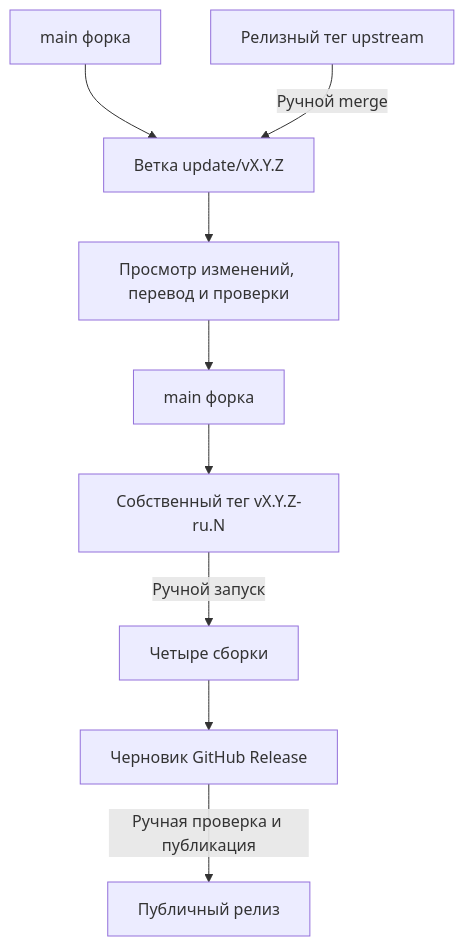
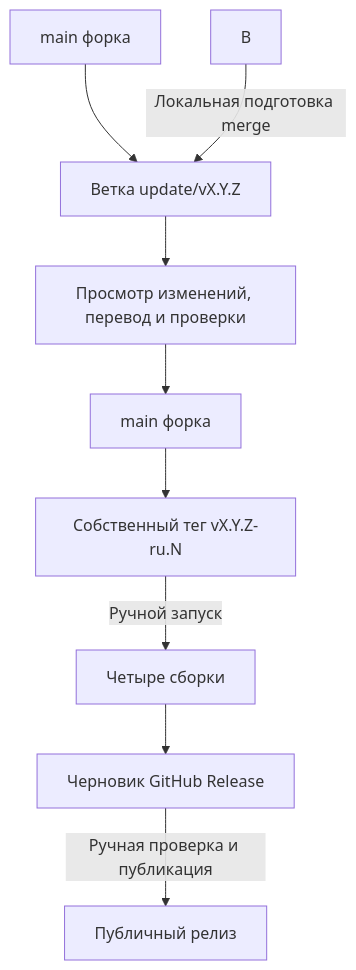
One commit to zbndev/RustConn-ru changed the diagram in docs/CI_BUILD_FLOW.md. Above: the diagram before and after it, drawn with Mermaid. The commit also changed other lines of this file and 3 other files, not shown here.

First line of the commit message:
chore(rustconn): automate routine upstream merge resolutions

````diff
--- a/docs/CI_BUILD_FLOW.md
+++ b/docs/CI_BUILD_FLOW.md
@@ -26,11 +26,11 @@
 ```mermaid
 flowchart TD
     A[main форка] --> C[Ветка update/vX.Y.Z]
-    B[Релизный тег upstream] -->|Ручной merge| C
+    B -->|Локальная подготовка merge| C
     C --> D[Просмотр изменений, перевод и проверки]
     D --> E[main форка]
     E --> F[Собственный тег vX.Y.Z-ru.N]
     F -->|Ручной запуск| G[Четыре сборки]
     G --> H[Черновик GitHub Release]
     H -->|Ручная проверка и публикация| I[Публичный релиз]
 ```
````
